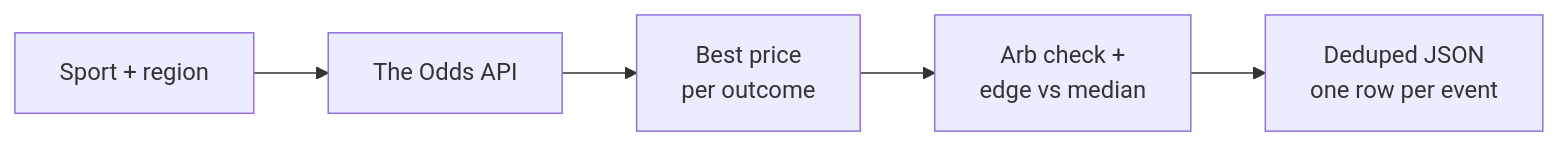
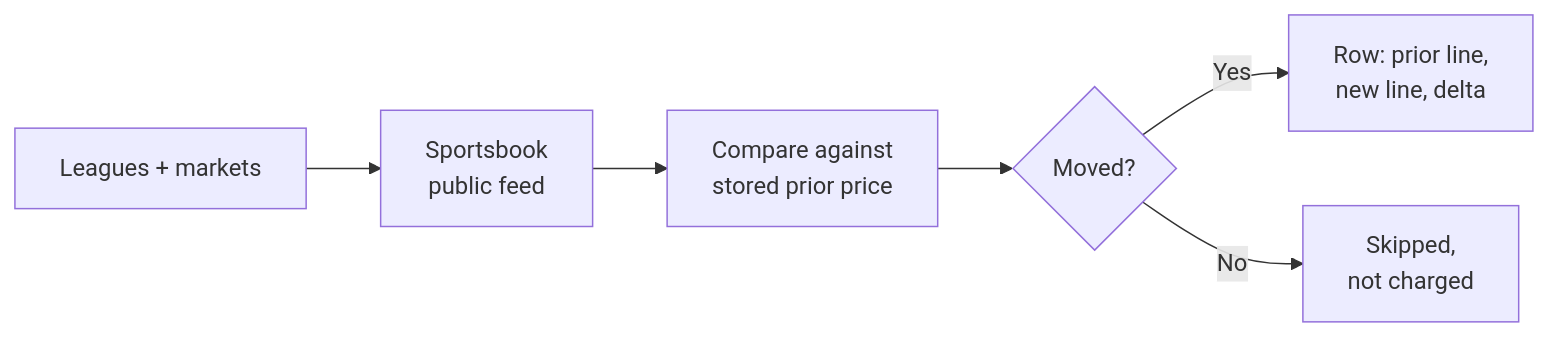
The diagram in actors/sports-odds-movement-tracker/README.md (Ken-Mutisya/scrapemint), drawn with Mermaid before and after one commit. The commit also changed other lines of this file and 2 other files, not shown here.

First line of the commit message:
Rebuild sports-odds-movement-tracker on a keyless feed and make it track movement

````diff
--- a/actors/sports-odds-movement-tracker/README.md
+++ b/actors/sports-odds-movement-tracker/README.md
@@ -11,7 +13,8 @@
 ```mermaid
 flowchart LR
-    A[Sport + region] --> B[The Odds API]
-    B --> C[Best price<br/>per outcome]
-    C --> D[Arb check +<br/>edge vs median]
-    D --> E[Deduped JSON<br/>one row per event]
+    A[Leagues + markets] --> B[Sportsbook<br/>public feed]
+    B --> C[Compare against<br/>stored prior price]
+    C --> D{Moved?}
+    D -->|Yes| E[Row: prior line,<br/>new line, delta]
+    D -->|No| F[Skipped,<br/>not charged]
 ```
````
